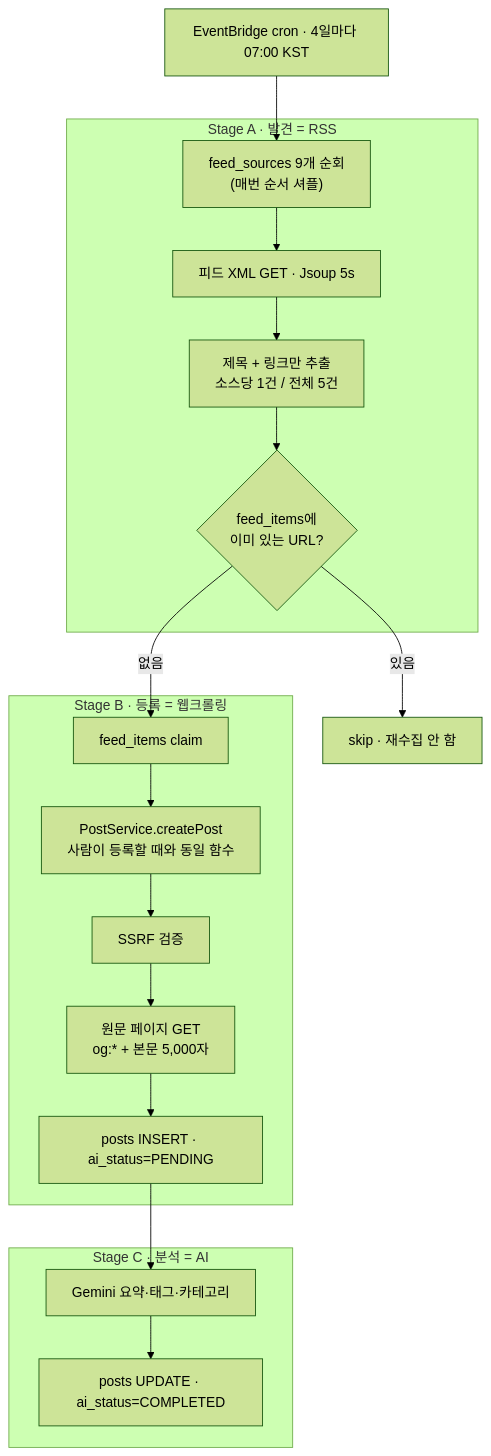
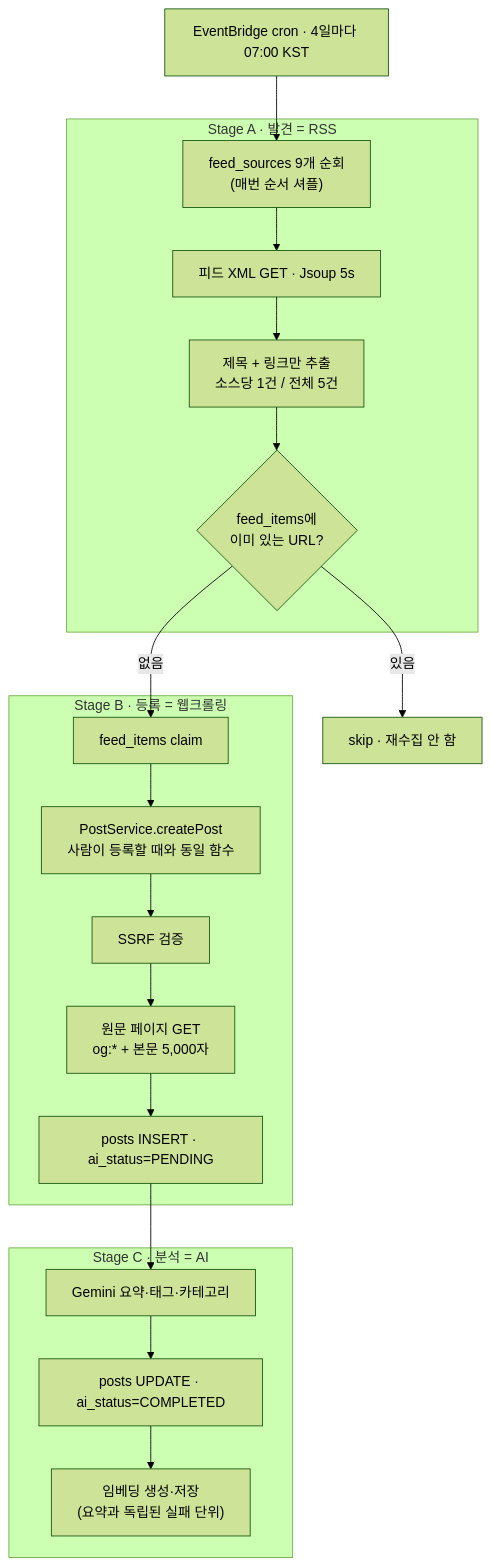
Before and after one commit to BAECHAN/link-sphere_BE_NEW: the diagram in docs/RSS-FEED-BOT.md, drawn with Mermaid (forest theme). The commit also changed other lines of this file and 9 other files, not shown here.

````diff
--- a/docs/RSS-FEED-BOT.md
+++ b/docs/RSS-FEED-BOT.md
@@ -53,26 +53,27 @@
 ```mermaid
 flowchart TD
   EB["EventBridge cron · 4일마다 07:00 KST"] --> A1
 
   subgraph SA["Stage A · 발견 = RSS"]
     A1["feed_sources 9개 순회<br/>(매번 순서 셔플)"] --> A2["피드 XML GET · Jsoup 5s"]
     A2 --> A3["제목 + 링크만 추출<br/>소스당 1건 / 전체 5건"]
     A3 --> A4{"feed_items에<br/>이미 있는 URL?"}
   end
 
   A4 -->|있음| SKIP["skip · 재수집 안 함"]
   A4 -->|없음| B1
 
   subgraph SB["Stage B · 등록 = 웹크롤링"]
     B1["feed_items claim"] --> B2["PostService.createPost<br/>사람이 등록할 때와 동일 함수"]
     B2 --> B3["SSRF 검증"]
     B3 --> B4["원문 페이지 GET<br/>og:* + 본문 5,000자"]
     B4 --> B5["posts INSERT · ai_status=PENDING"]
   end
 
   B5 --> C1
 
   subgraph SC["Stage C · 분석 = AI"]
     C1["Gemini 요약·태그·카테고리"] --> C2["posts UPDATE · ai_status=COMPLETED"]
+    C2 --> C3["임베딩 생성·저장<br/>(요약과 독립된 실패 단위)"]
   end
 ```
````
